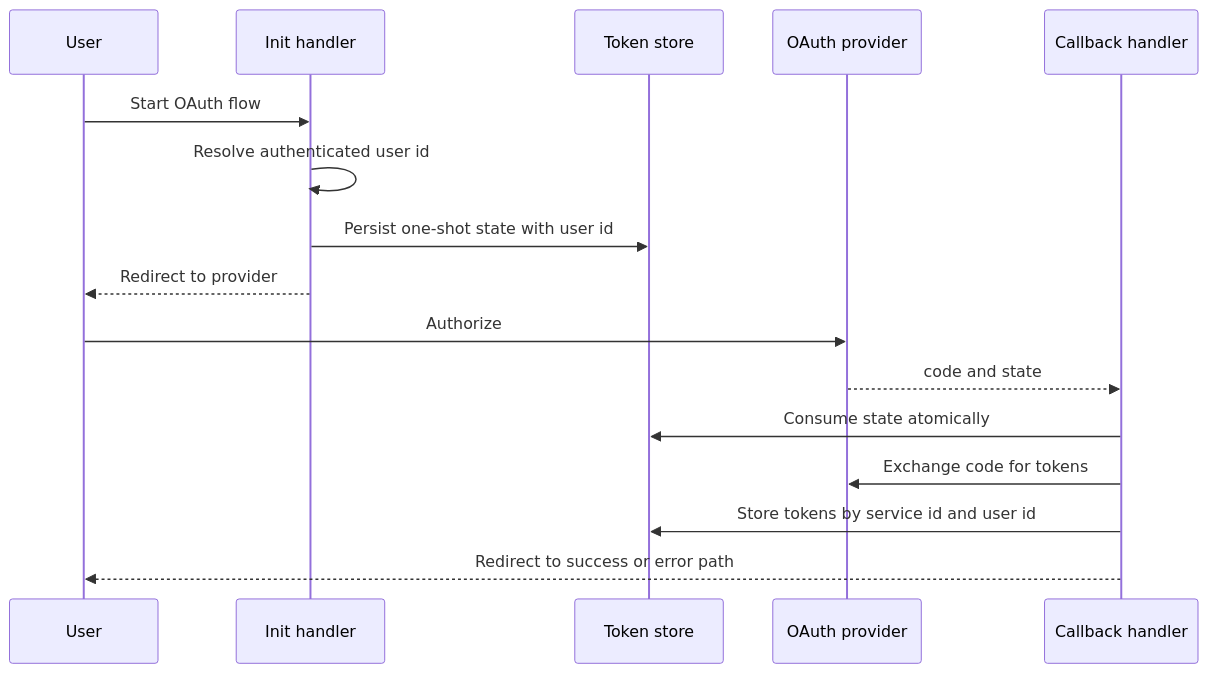
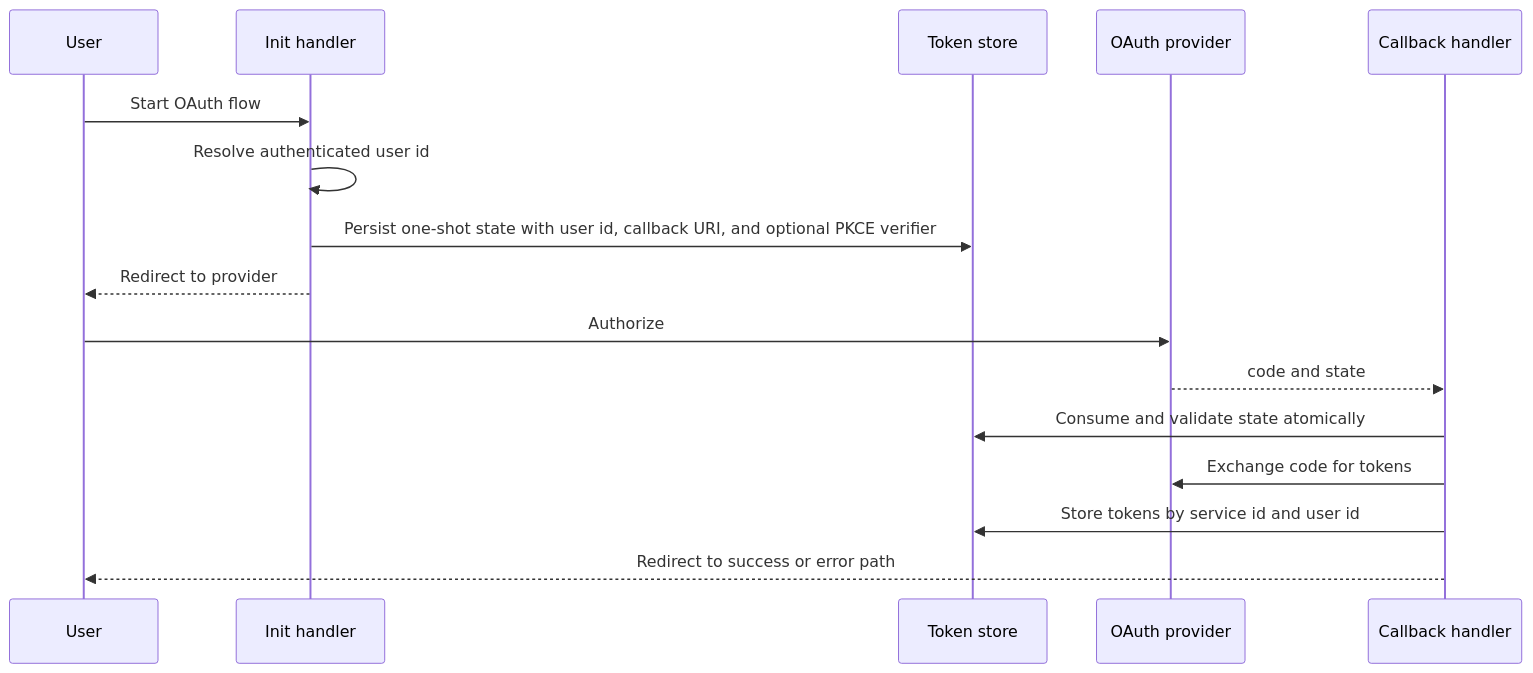
Before and after one commit to veryfront/veryfront-code: the diagram in docs/architecture/18-oauth-runtime.md, drawn with Mermaid. The commit also changed other lines of this file and 727 other files, not shown here.

````diff
--- a/docs/architecture/18-oauth-runtime.md
+++ b/docs/architecture/18-oauth-runtime.md
@@ -23,19 +23,19 @@
 ```mermaid
 sequenceDiagram
   participant User
   participant Init as Init handler
   participant Store as Token store
   participant Provider as OAuth provider
   participant Callback as Callback handler
 
   User->>Init: Start OAuth flow
   Init->>Init: Resolve authenticated user id
-  Init->>Store: Persist one-shot state with user id
+  Init->>Store: Persist one-shot state with user id, callback URI, and optional PKCE verifier
   Init-->>User: Redirect to provider
   User->>Provider: Authorize
   Provider-->>Callback: code and state
-  Callback->>Store: Consume state atomically
+  Callback->>Store: Consume and validate state atomically
   Callback->>Provider: Exchange code for tokens
   Callback->>Store: Store tokens by service id and user id
   Callback-->>User: Redirect to success or error path
 ```
````
